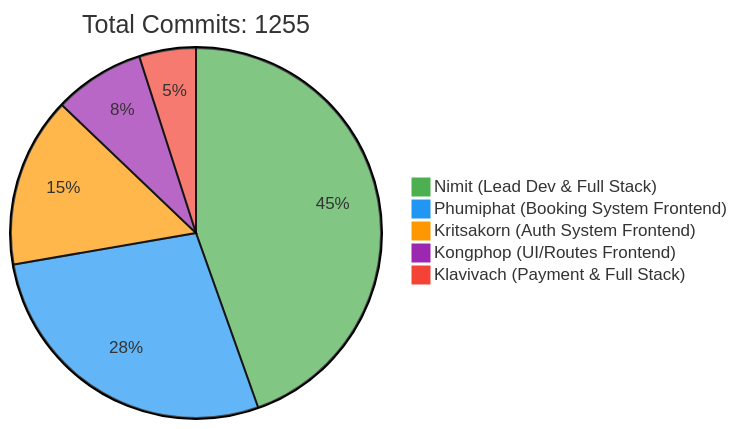
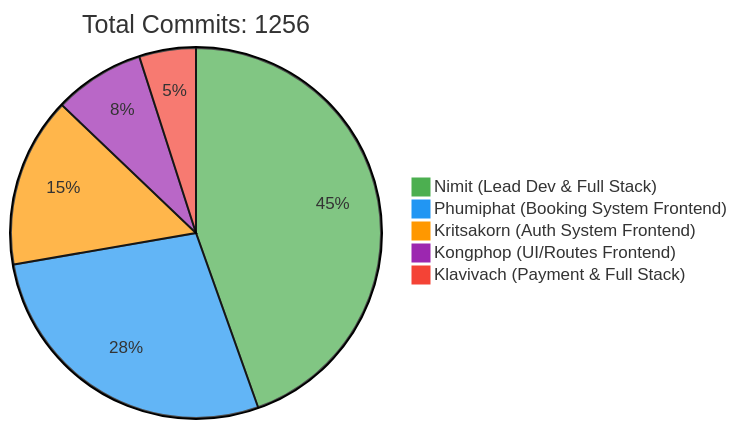
The first of 2 diagrams in README.md (6531503042/Sport-Complex), drawn with Mermaid before and after one commit. The commit also changed other lines of this file, not shown here.

Commit message:
docs: Update contributor statistics [skip ci]

````diff
--- a/README.md
+++ b/README.md
@@ -257,10 +257,10 @@
 ```mermaid
 %%{init: {'theme': 'base', 'themeVariables': { 'pie1': '#4CAF50', 'pie2': '#2196F3', 'pie3': '#FF9800', 'pie4': '#9C27B0', 'pie5': '#F44336'}}}%%
 pie
-    title Total Commits: 1255
+    title Total Commits: 1256
     "Nimit (Lead Dev & Full Stack)" : 450
     "Phumiphat (Booking System Frontend)" : 280
     "Kritsakorn (Auth System Frontend)" : 150
     "Kongphop (UI/Routes Frontend)" : 80
     "Klavivach (Payment & Full Stack)" : 50
 ```
````
